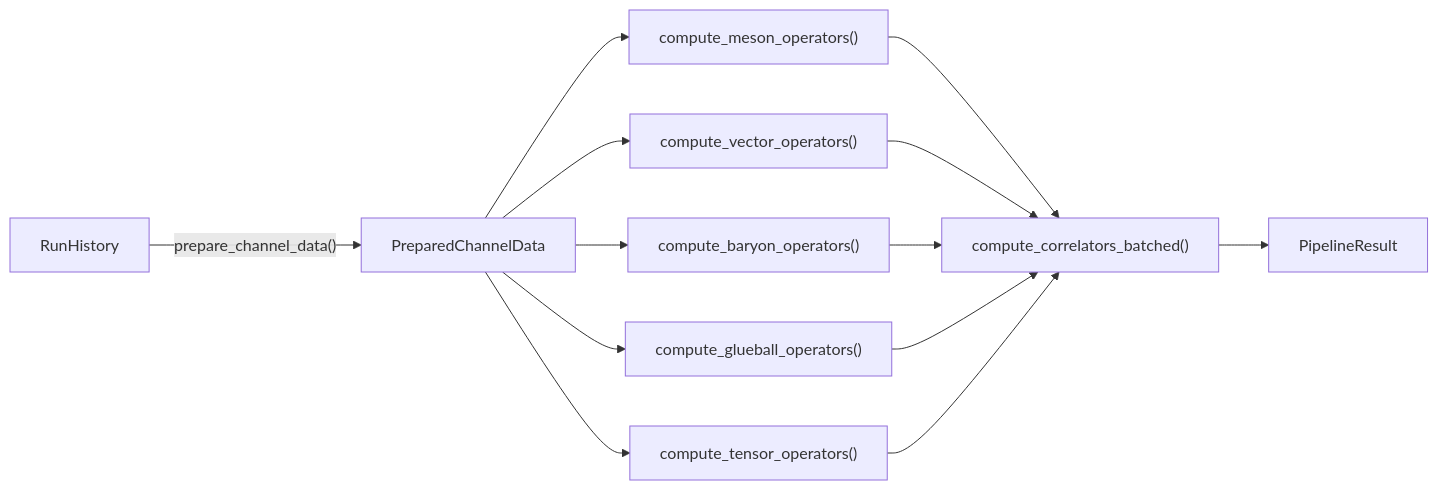
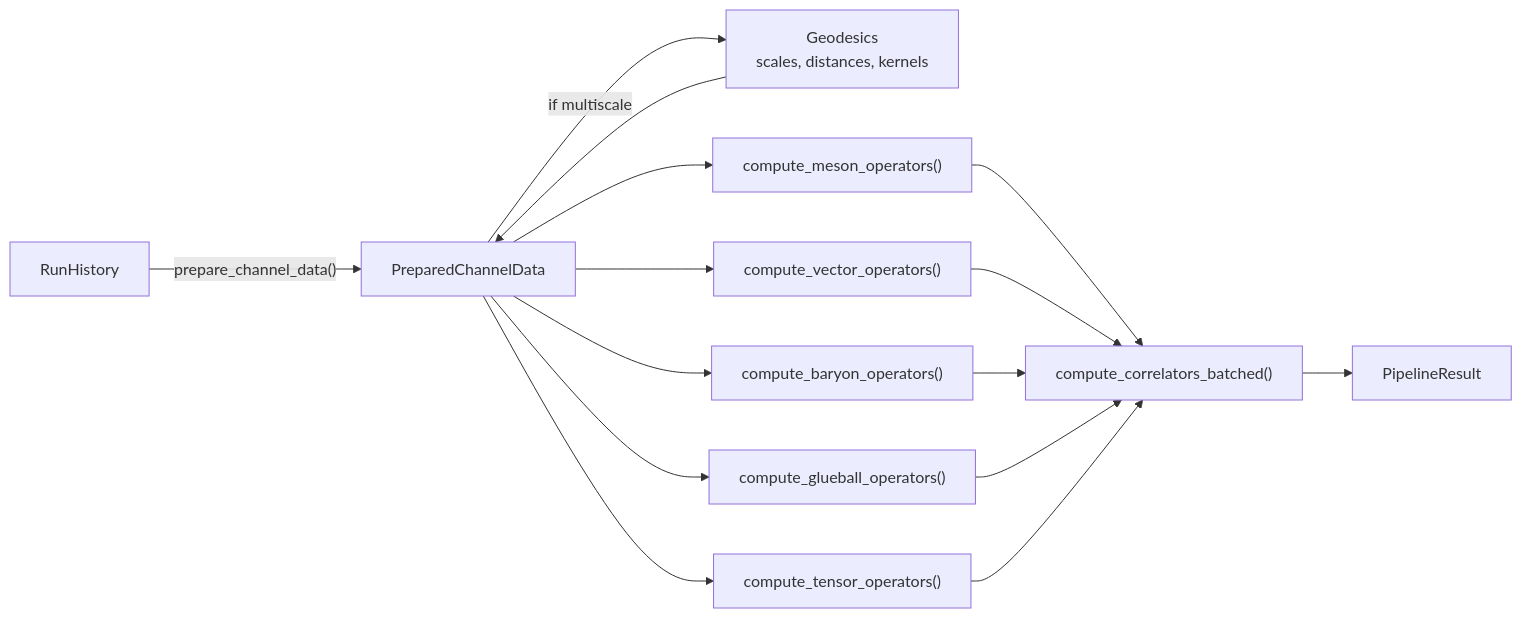
The first of 9 diagrams in src/fragile/physics/operators/ARCHITECTURE.md (FragileTech/fragile), drawn with Mermaid before and after one commit. The commit also changed other lines of this file and 60 other files, not shown here.

````diff
--- a/src/fragile/physics/operators/ARCHITECTURE.md
+++ b/src/fragile/physics/operators/ARCHITECTURE.md
@@ -11,15 +12,17 @@
 ```mermaid
 graph LR
     A["RunHistory"] -->|"prepare_channel_data()"| B["PreparedChannelData"]
+    B -->|"if multiscale"| GEO["Geodesics\nscales, distances, kernels"]
+    GEO --> B
     B --> C["compute_meson_operators()"]
     B --> D["compute_vector_operators()"]
     B --> E["compute_baryon_operators()"]
     B --> F["compute_glueball_operators()"]
     B --> G["compute_tensor_operators()"]
     C --> H["compute_correlators_batched()"]
     D --> H
     E --> H
     F --> H
     G --> H
     H --> I["PipelineResult"]
 ```
````
